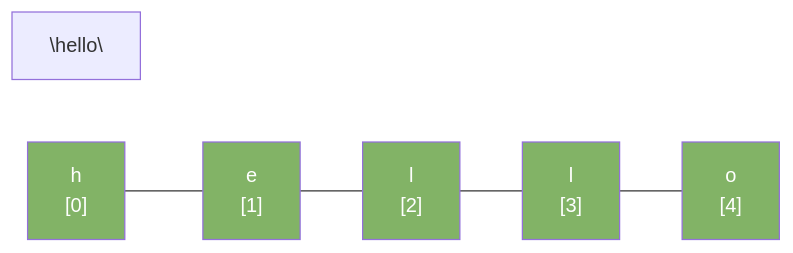
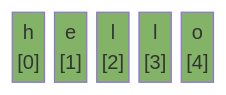
Before and after one commit to valarpirai/software-enginneering: the second of 2 diagrams in docs/00a-arrays-and-strings.md, drawn with Mermaid. The commit also changed other lines of this file, not shown here.

````diff
--- a/docs/00a-arrays-and-strings.md
+++ b/docs/00a-arrays-and-strings.md
@@ -115,10 +70,14 @@
 ```mermaid
-graph LR
-    S["\"hello\""]
-    C0["h\n[0]"] --- C1["e\n[1]"] --- C2["l\n[2]"] --- C3["l\n[3]"] --- C4["o\n[4]"]
-    style C0 fill:#82b366,color:#fff
-    style C1 fill:#82b366,color:#fff
-    style C2 fill:#82b366,color:#fff
-    style C3 fill:#82b366,color:#fff
-    style C4 fill:#82b366,color:#fff
+block-beta
+  columns 5
+  A["h\n[0]"]:1
+  B["e\n[1]"]:1
+  C["l\n[2]"]:1
+  D["l\n[3]"]:1
+  E["o\n[4]"]:1
+  style A fill:#82b366,color:#fff
+  style B fill:#82b366,color:#fff
+  style C fill:#82b366,color:#fff
+  style D fill:#82b366,color:#fff
+  style E fill:#82b366,color:#fff
 ```
````
